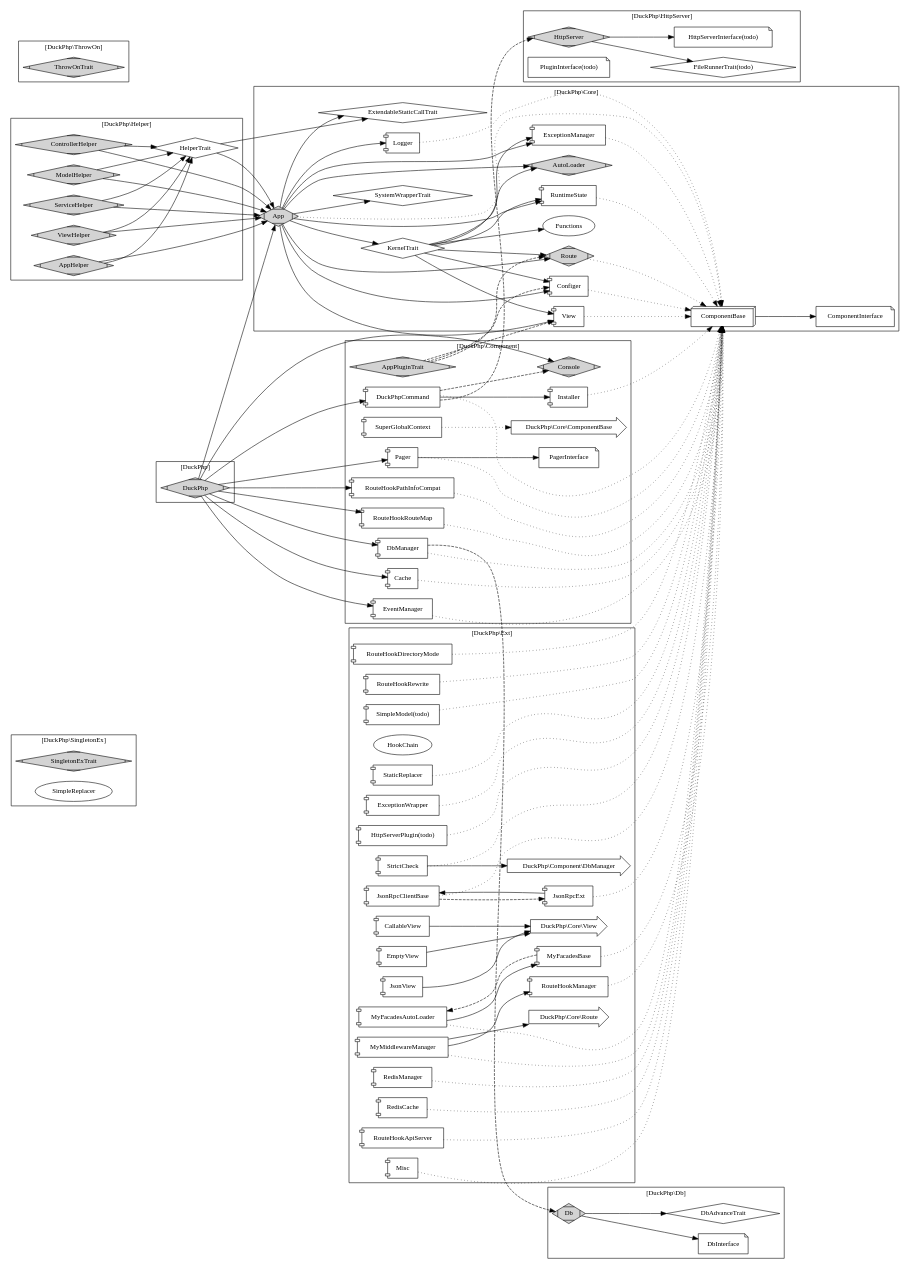
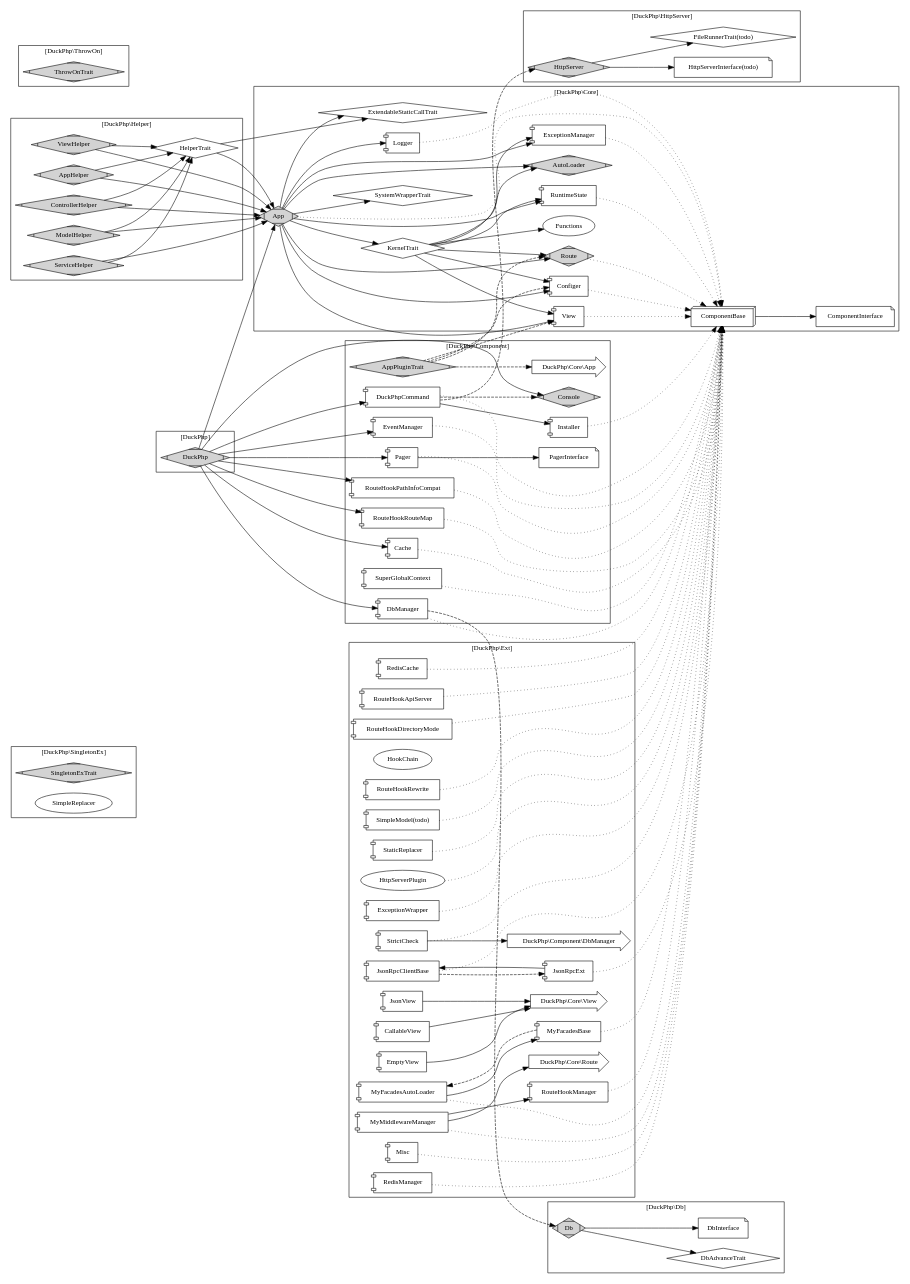
One commit to dvaknheo/duckphp changed the diagram in docs/duckphp.gv. Above: the diagram before and after it, drawn with Graphviz. The commit also changed 20 other files, not shown here.

```diff
--- a/docs/duckphp.gv
+++ b/docs/duckphp.gv
@@ -106,7 +106,6 @@
 
     HttpServer [label="HttpServer";shape=Mdiamond;style=filled];
     HttpServerInterface [label="HttpServerInterface(todo)";shape="note"];
-    HttpServerPluginInterface [label="PluginInterface(todo)";shape="note"];
     FileRunnerTrait [label="FileRunnerTrait(todo)";shape="diamond"];
 
     HttpServer -> HttpServerInterface;
@@ -129,11 +128,12 @@
     RouteHookPathInfoCompat[shape="component"];
     RouteHookRouteMap[shape="component"];
     SuperGlobalContext[shape="component"];
-    X_ComponentBase[label="DuckPhp\\Core\\ComponentBase",shape="rarrow"];
+    X_App[label="DuckPhp\\Core\\App",shape="rarrow"];
     
     AppPluginTrait -> Configer [style="dashed"]; 
     AppPluginTrait -> View [style="dashed"]; 
     AppPluginTrait -> Route [style="dashed"]; 
+    AppPluginTrait -> X_App [style="dashed"]; 
     
     Cache -> ComponentBase [style="dotted"];
     DuckPhpCommand -> ComponentBase [style="dotted"];
@@ -143,7 +143,7 @@
     Pager -> ComponentBase [style="dotted"];
     RouteHookPathInfoCompat -> ComponentBase [style="dotted"];
     RouteHookRouteMap -> ComponentBase [style="dotted"];
-    SuperGlobalContext -> X_ComponentBase [style="dotted"];
+    SuperGlobalContext -> ComponentBase [style="dotted"];
 
 
     
@@ -188,7 +188,6 @@
     ExceptionWrapper [shape="component"];
     ExceptionWrapper [shape="component"];
     HookChain;
-    HttpServerPlugin[label="HttpServerPlugin(todo)";shape="component"];
     JsonRpcClientBase [shape="component"];
     JsonRpcExt [shape="component"];
     JsonView [shape="component"];
```
